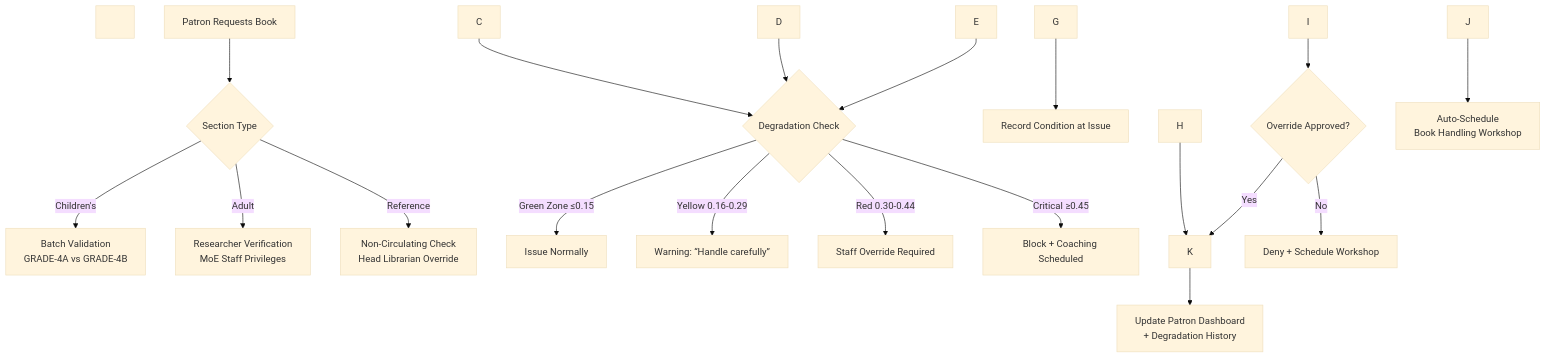
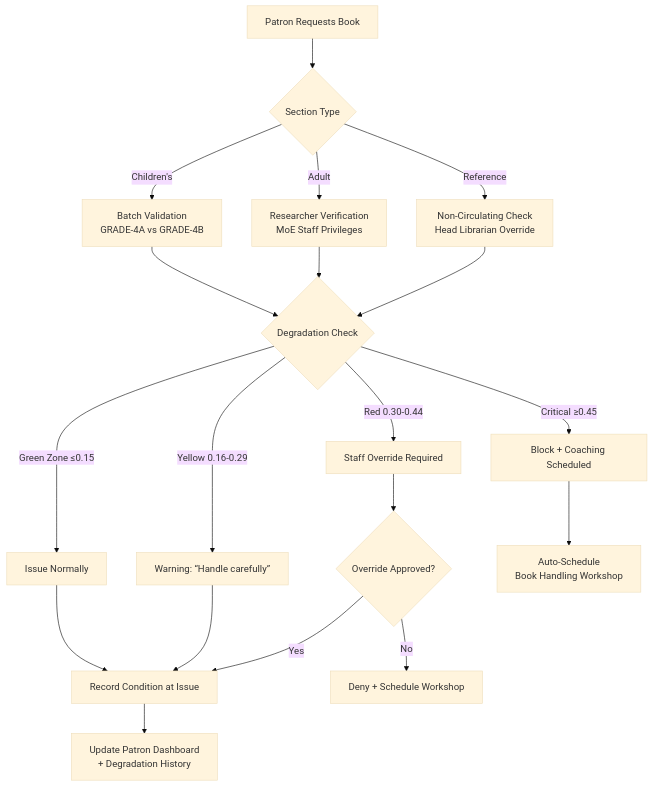
The first of 2 diagrams in docs/research_dmp/library_sections_pi_sg.md (noobix/alpha-rabbit-lms), drawn with Mermaid (base theme) before and after one commit. The commit also changed other lines of this file and 23 other files, not shown here.

````diff
--- a/docs/research_dmp/library_sections_pi_sg.md
+++ b/docs/research_dmp/library_sections_pi_sg.md
@@ -35,49 +25,21 @@
 ```mermaid
-
 flowchart TD
-
-&nbsp;   A\[Patron Requests Book] --> B{Section Type}
-
-&nbsp;   B -->|Children's| C\[Batch Validation<br>GRADE-4A vs GRADE-4B]
-
-&nbsp;   B -->|Adult| D\[Researcher Verification<br>MoE Staff Privileges]
-
-&nbsp;   B -->|Reference| E\[Non-Circulating Check<br>Head Librarian Override]
-
-&nbsp;   
-
-&nbsp;   C --> F{Degradation Check}
-
-&nbsp;   D --> F
-
-&nbsp;   E --> F
-
-&nbsp;   
-
-&nbsp;   F -->|Green Zone ≤0.15| G\[Issue Normally]
-
-&nbsp;   F -->|Yellow 0.16-0.29| H\[Warning: “Handle carefully”]
-
-&nbsp;   F -->|Red 0.30-0.44| I\[Staff Override Required]
-
-&nbsp;   F -->|Critical ≥0.45| J\[Block + Coaching Scheduled]
-
-&nbsp;   
-
-&nbsp;   G --> K\[Record Condition at Issue]
-
-&nbsp;   H --> K
-
-&nbsp;   I --> L{Override Approved?}
-
-&nbsp;   L -->|Yes| K
-
-&nbsp;   L -->|No| M\[Deny + Schedule Workshop]
-
-&nbsp;   J --> N\[Auto-Schedule<br>Book Handling Workshop]
-
-&nbsp;   
-
-&nbsp;   K --> O\[Update Patron Dashboard<br>+ Degradation History]
-
+    A[Patron Requests Book] --> B{Section Type}
+    B -->|Children's| C[Batch Validation<br>GRADE-4A vs GRADE-4B]
+    B -->|Adult| D[Researcher Verification<br>MoE Staff Privileges]
+    B -->|Reference| E[Non-Circulating Check<br>Head Librarian Override]
+    C --> F{Degradation Check}
+    D --> F
+    E --> F
+    F -->|Green Zone ≤0.15| G[Issue Normally]
+    F -->|Yellow 0.16-0.29| H[Warning: “Handle carefully”]
+    F -->|Red 0.30-0.44| I[Staff Override Required]
+    F -->|Critical ≥0.45| J[Block + Coaching Scheduled]
+    G --> K[Record Condition at Issue]
+    H --> K
+    I --> L{Override Approved?}
+    L -->|Yes| K
+    L -->|No| M[Deny + Schedule Workshop]
+    J --> N[Auto-Schedule<br>Book Handling Workshop]
+    K --> O[Update Patron Dashboard<br>+ Degradation History]
 ```
````
